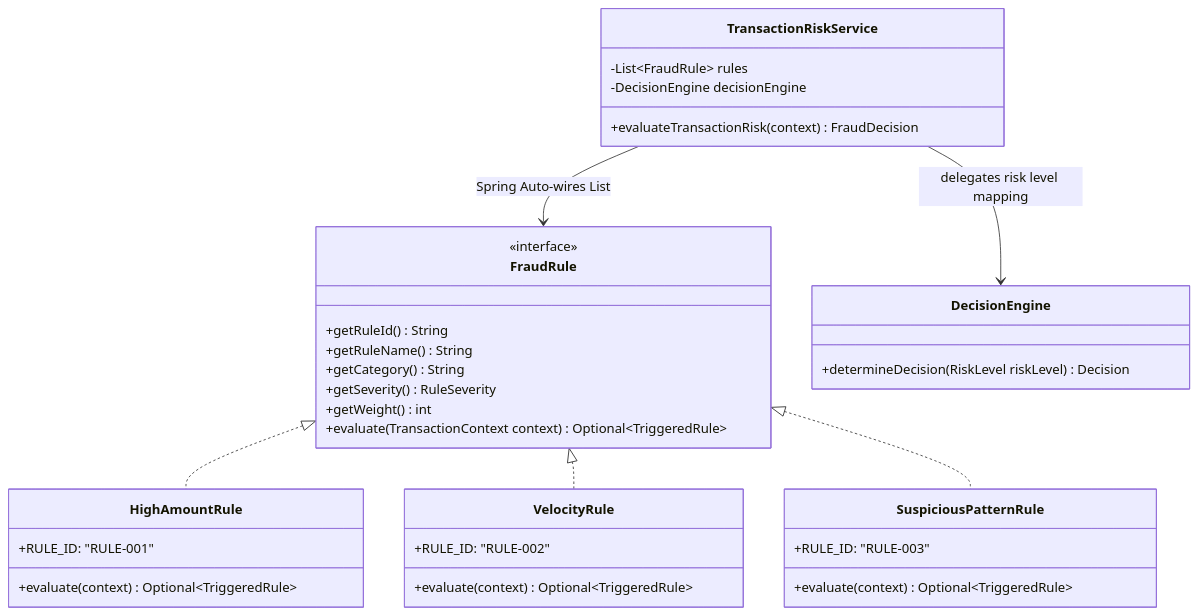
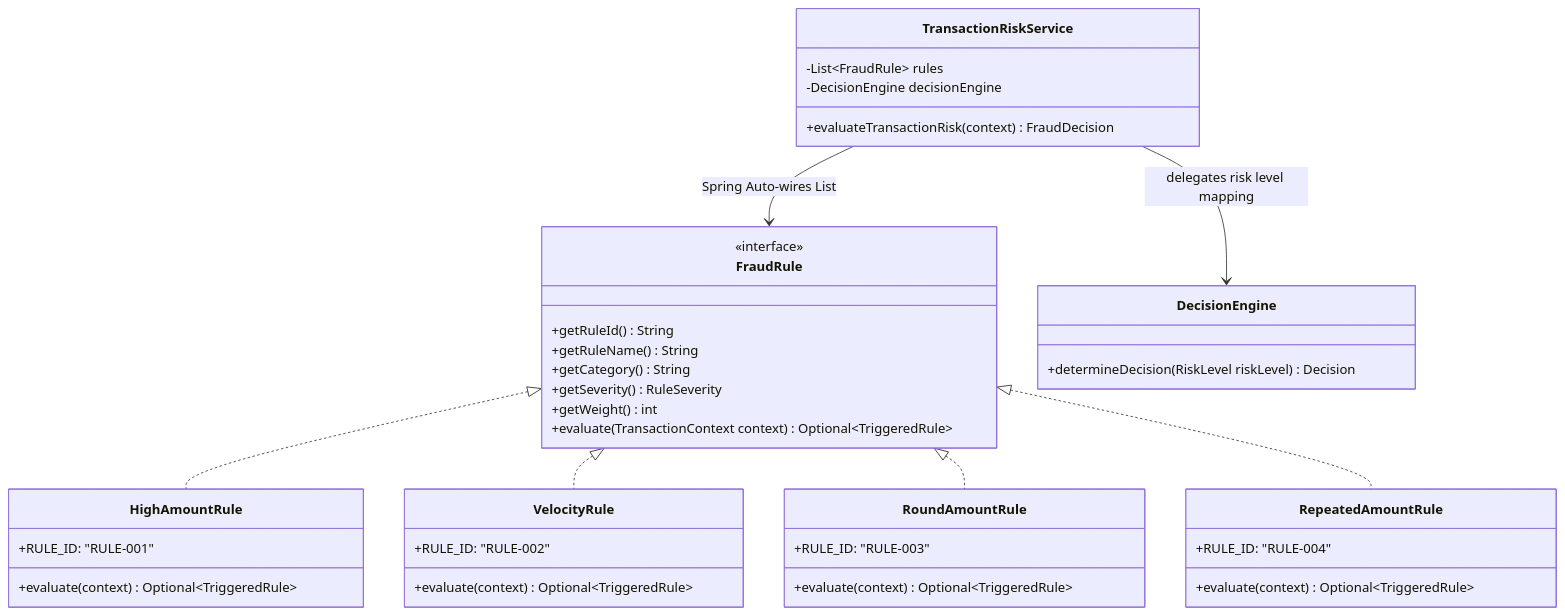
Before and after one commit to PrakashSh05/FraudDetection-Java: the second of 4 diagrams in README.md, drawn with Mermaid. The commit also changed other lines of this file and 2 other files, not shown here.

````diff
--- a/README.md
+++ b/README.md
@@ -84,43 +85,49 @@
 ```mermaid
 classDiagram
     class FraudRule {
         <<interface>>
         +getRuleId() String
         +getRuleName() String
         +getCategory() String
         +getSeverity() RuleSeverity
         +getWeight() int
         +evaluate(TransactionContext context) Optional~TriggeredRule~
     }
 
     class HighAmountRule {
         +RULE_ID: "RULE-001"
         +evaluate(context) Optional~TriggeredRule~
     }
 
     class VelocityRule {
         +RULE_ID: "RULE-002"
         +evaluate(context) Optional~TriggeredRule~
     }
 
-    class SuspiciousPatternRule {
+    class RoundAmountRule {
         +RULE_ID: "RULE-003"
+        +evaluate(context) Optional~TriggeredRule~
+    }
+
+    class RepeatedAmountRule {
+        +RULE_ID: "RULE-004"
         +evaluate(context) Optional~TriggeredRule~
     }
 
     class TransactionRiskService {
         -List~FraudRule~ rules
         -DecisionEngine decisionEngine
         +evaluateTransactionRisk(context) FraudDecision
     }
 
     class DecisionEngine {
         +determineDecision(RiskLevel riskLevel) Decision
     }
 
     FraudRule <|.. HighAmountRule
     FraudRule <|.. VelocityRule
-    FraudRule <|.. SuspiciousPatternRule
+    FraudRule <|.. RoundAmountRule
+    FraudRule <|.. RepeatedAmountRule
     TransactionRiskService --> FraudRule : Spring Auto-wires List<FraudRule>
     TransactionRiskService --> DecisionEngine : delegates risk level mapping
 ```
````
